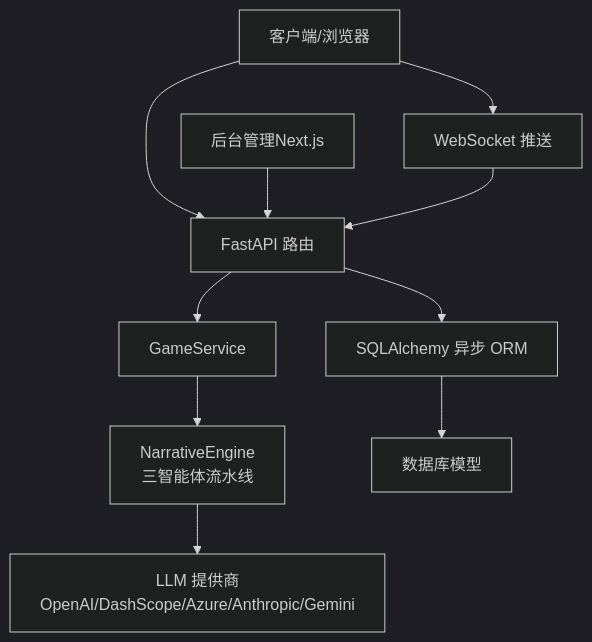
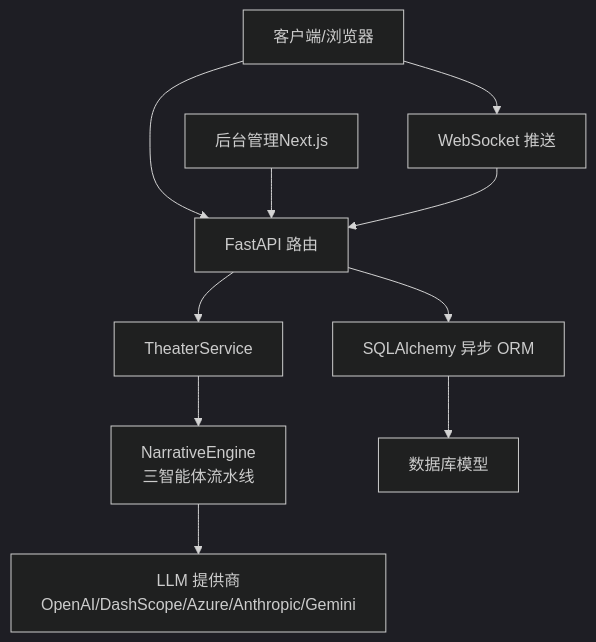
One commit to KunLabAI/KunFlix changed the second of 6 diagrams in .qoder/repowiki/zh/content/多智能体叙事引擎/多智能体叙事引擎.md. Above: the diagram before and after it, drawn with Mermaid (dark theme). The commit also changed other lines of this file and 112 other files, not shown here.

````diff
--- a/.qoder/repowiki/zh/content/多智能体叙事引擎/多智能体叙事引擎.md
+++ b/.qoder/repowiki/zh/content/多智能体叙事引擎/多智能体叙事引擎.md
@@ -124,12 +124,12 @@
 ```mermaid
 graph TB
 Client["客户端/浏览器"] --> API["FastAPI 路由"]
-API --> Service["GameService"]
+API --> Service["TheaterService"]
 Service --> Engine["NarrativeEngine<br/>三智能体流水线"]
 Engine --> LLM["LLM 提供商OpenAI/DashScope/Azure/Anthropic/Gemini"]
 API --> DB["SQLAlchemy 异步 ORM"]
 DB --> Models["数据库模型"]
 Admin["后台管理Next.js"] --> API
 Client --> WS["WebSocket 推送"]
 WS --> API
 ```
````
